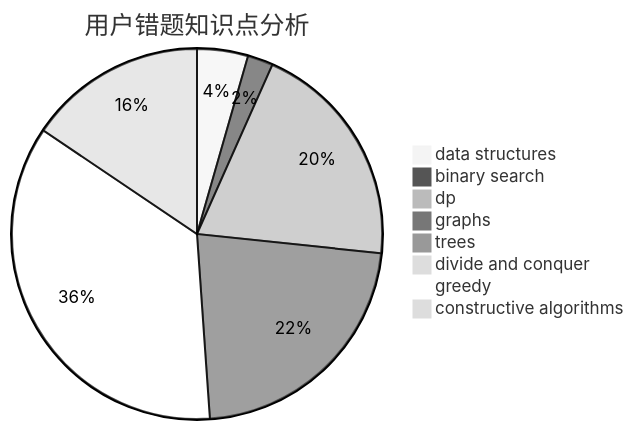
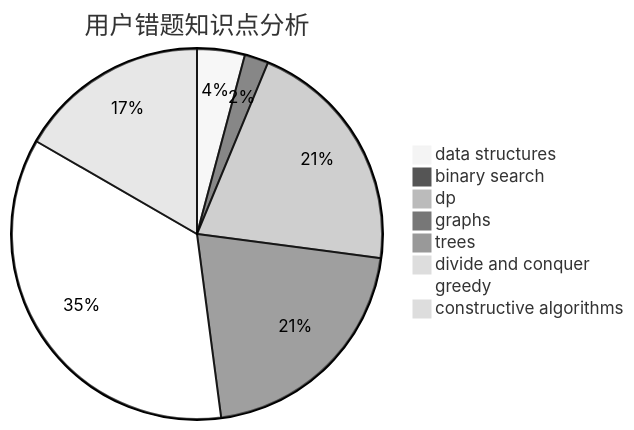
The third of 3 diagrams in docs/user/u1202.md (sherpahu/cfrs.github.io), drawn with Mermaid (neutral theme) before and after one commit. The commit also changed other lines of this file and 2770 other files, not shown here.

````diff
--- a/docs/user/u1202.md
+++ b/docs/user/u1202.md
@@ -36,11 +36,11 @@
 ```mermaid
 pie title 用户错题知识点分析
     "data structures" :  2
     "binary search" :  1
-    "dp" :  9
+    "dp" :  10
     "graphs" :  10
     "trees" :  0
     "divide and conquer" :  0
-    "greedy" :  16
-    "constructive algorithms" :  7
+    "greedy" :  17
+    "constructive algorithms" :  8
 ```
````
